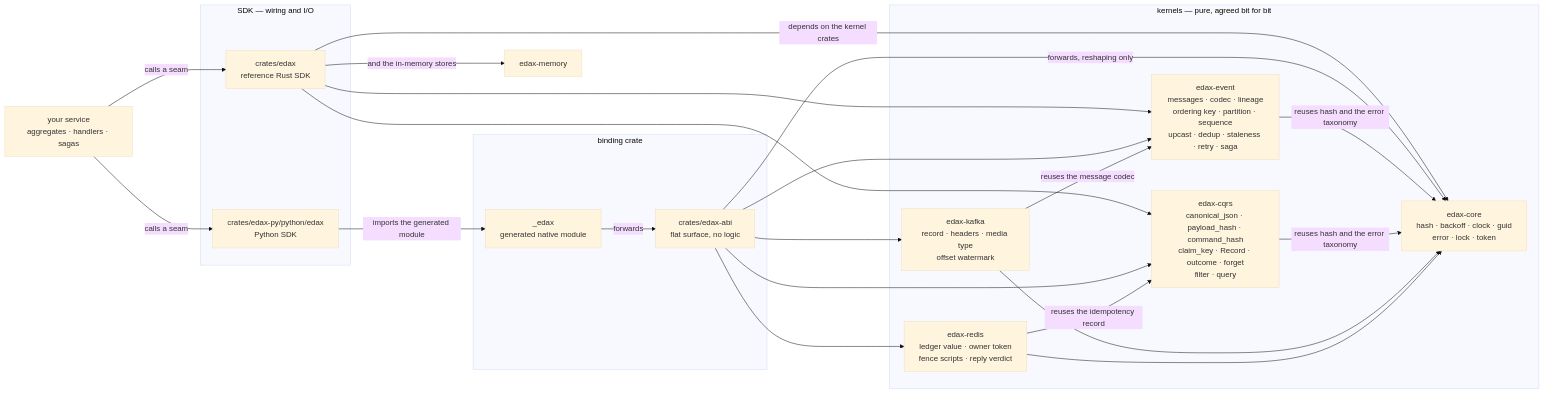
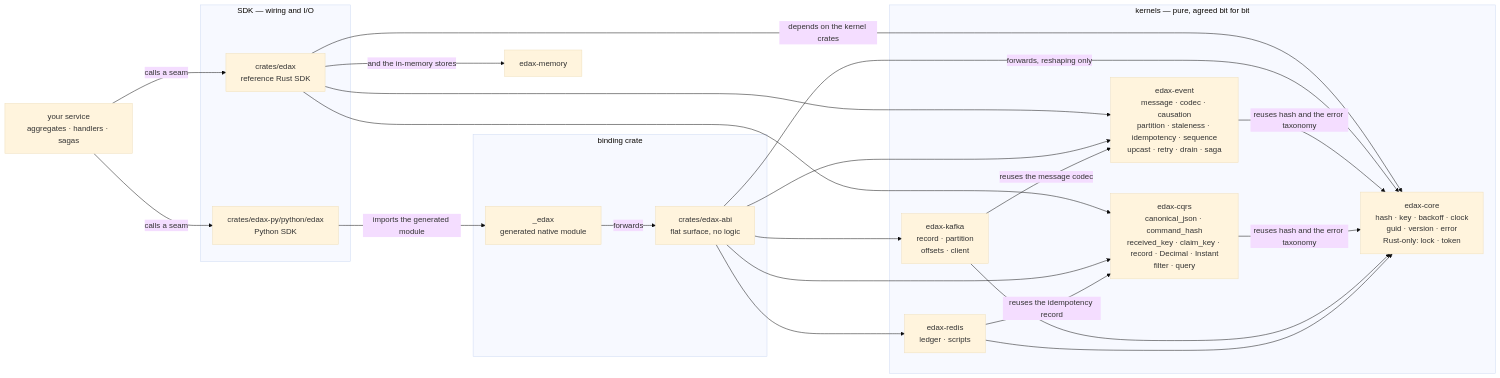
One commit to haskian/edax changed the first of 2 diagrams in docs/kernels/README.md. Above: the diagram before and after it, drawn with Mermaid (base theme). The commit also changed other lines of this file and 288 other files, not shown here.

````diff
--- a/docs/kernels/README.md
+++ b/docs/kernels/README.md
@@ -10,42 +10,42 @@
 ```mermaid
 flowchart LR
     APP["your service<br/>aggregates · handlers · sagas"]
 
     subgraph sdks["SDK — wiring and I/O"]
         RS["crates/edax<br/>reference Rust SDK"]
         PY["crates/edax-py/python/edax<br/>Python SDK"]
     end
 
     subgraph binding["binding crate"]
         ABI["crates/edax-abi<br/>flat surface, no logic"]
         NAT["_edax<br/>generated native module"]
     end
 
     subgraph kernels["kernels — pure, agreed bit for bit"]
-        CORE["edax-core<br/>hash · backoff · clock · guid<br/>error · lock · token"]
-        EV["edax-event<br/>messages · codec · lineage<br/>ordering key · partition · sequence<br/>upcast · dedup · staleness · retry · saga"]
-        CQ["edax-cqrs<br/>canonical_json · payload_hash · command_hash<br/>claim_key · Record · outcome · forget<br/>filter · query"]
-        KAF["edax-kafka<br/>record · headers · media type<br/>offset watermark"]
-        RED["edax-redis<br/>ledger value · owner token<br/>fence scripts · reply verdict"]
+        CORE["edax-core<br/>hash · key · backoff · clock<br/>guid · version · error<br/>Rust-only: lock · token"]
+        EV["edax-event<br/>message · codec · causation<br/>partition · staleness · idempotency · sequence<br/>upcast · retry · drain · saga"]
+        CQ["edax-cqrs<br/>canonical_json · command_hash<br/>received_key · claim_key · record · Decimal · Instant<br/>filter · query"]
+        KAF["edax-kafka<br/>record · partition<br/>offsets · client"]
+        RED["edax-redis<br/>ledger · scripts"]
     end
 
     APP -->|"calls a seam"| RS
     APP -->|"calls a seam"| PY
     RS -->|"depends on the kernel crates"| CORE
     RS --> EV
     RS --> CQ
     RS -->|"and the in-memory stores"| MEM["edax-memory"]
     PY -->|"imports the generated module"| NAT
     NAT -->|"forwards"| ABI
     ABI -->|"forwards, reshaping only"| CORE
     ABI --> EV
     ABI --> CQ
     ABI --> KAF
     ABI --> RED
     EV -->|"reuses hash and the error taxonomy"| CORE
     CQ -->|"reuses hash and the error taxonomy"| CORE
     KAF -->|"reuses the message codec"| EV
     KAF --> CORE
     RED -->|"reuses the idempotency record"| CQ
     RED --> CORE
 ```
````
